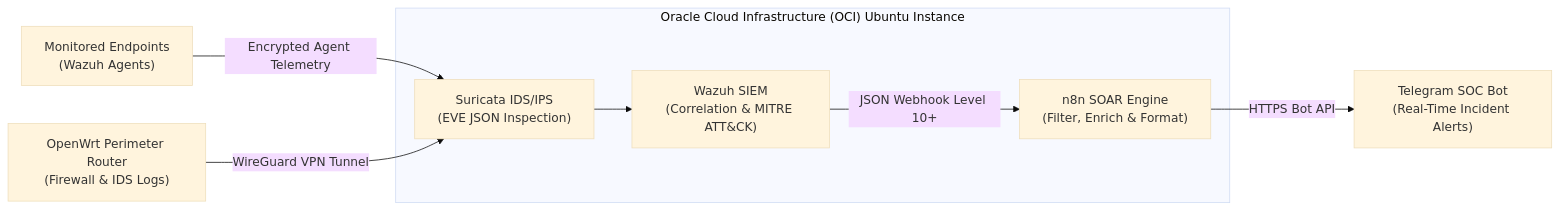
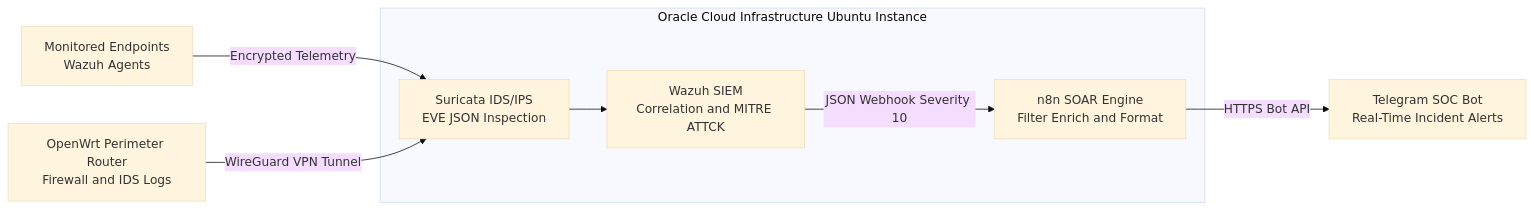
The diagram in README.md (zainn-007/oci-wazuh-suricata-soar), drawn with Mermaid (base theme) before and after one commit.

````diff
--- a/README.md
+++ b/README.md
@@ -9,12 +9,12 @@
 ```mermaid
-flowchart LR
-    A["Monitored Endpoints<br/>(Wazuh Agents)"] -->|Encrypted Agent Telemetry| C
-    B["OpenWrt Perimeter Router<br/>(Firewall & IDS Logs)"] -->|WireGuard VPN Tunnel| C
+graph LR
+    A[Monitored Endpoints<br>Wazuh Agents] -->|Encrypted Telemetry| C[Suricata IDS/IPS<br>EVE JSON Inspection]
+    B[OpenWrt Perimeter Router<br>Firewall and IDS Logs] -->|WireGuard VPN Tunnel| C
 
-    subgraph OCI ["Oracle Cloud Infrastructure (OCI) Ubuntu Instance"]
-        C["Suricata IDS/IPS<br/>(EVE JSON Inspection)"] --> D["Wazuh SIEM<br/>(Correlation & MITRE ATT&CK)"]
-        D -->|JSON Webhook Level 10+| E["n8n SOAR Engine<br/>(Filter, Enrich & Format)"]
+    subgraph OCI [Oracle Cloud Infrastructure Ubuntu Instance]
+        C --> D[Wazuh SIEM<br>Correlation and MITRE ATTCK]
+        D -->|JSON Webhook Severity 10| E[n8n SOAR Engine<br>Filter Enrich and Format]
     end
 
-    E -->|HTTPS Bot API| F["Telegram SOC Bot<br/>(Real-Time Incident Alerts)"]
+    E -->|HTTPS Bot API| F[Telegram SOC Bot<br>Real-Time Incident Alerts]
 ```
````
